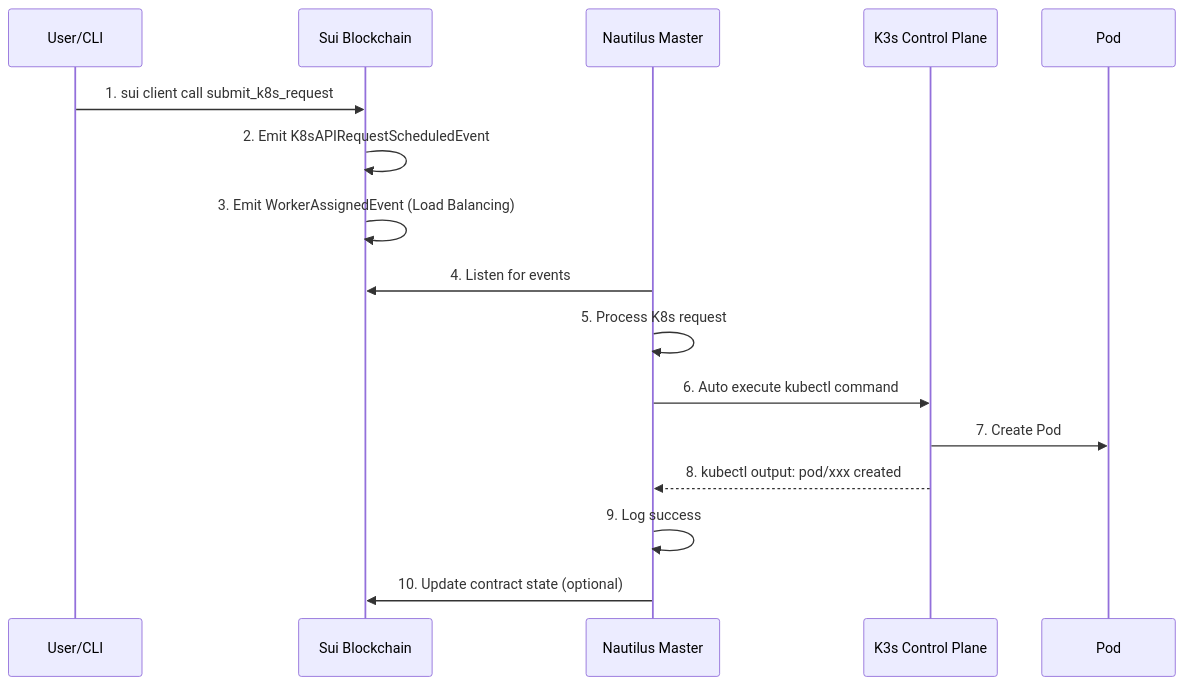
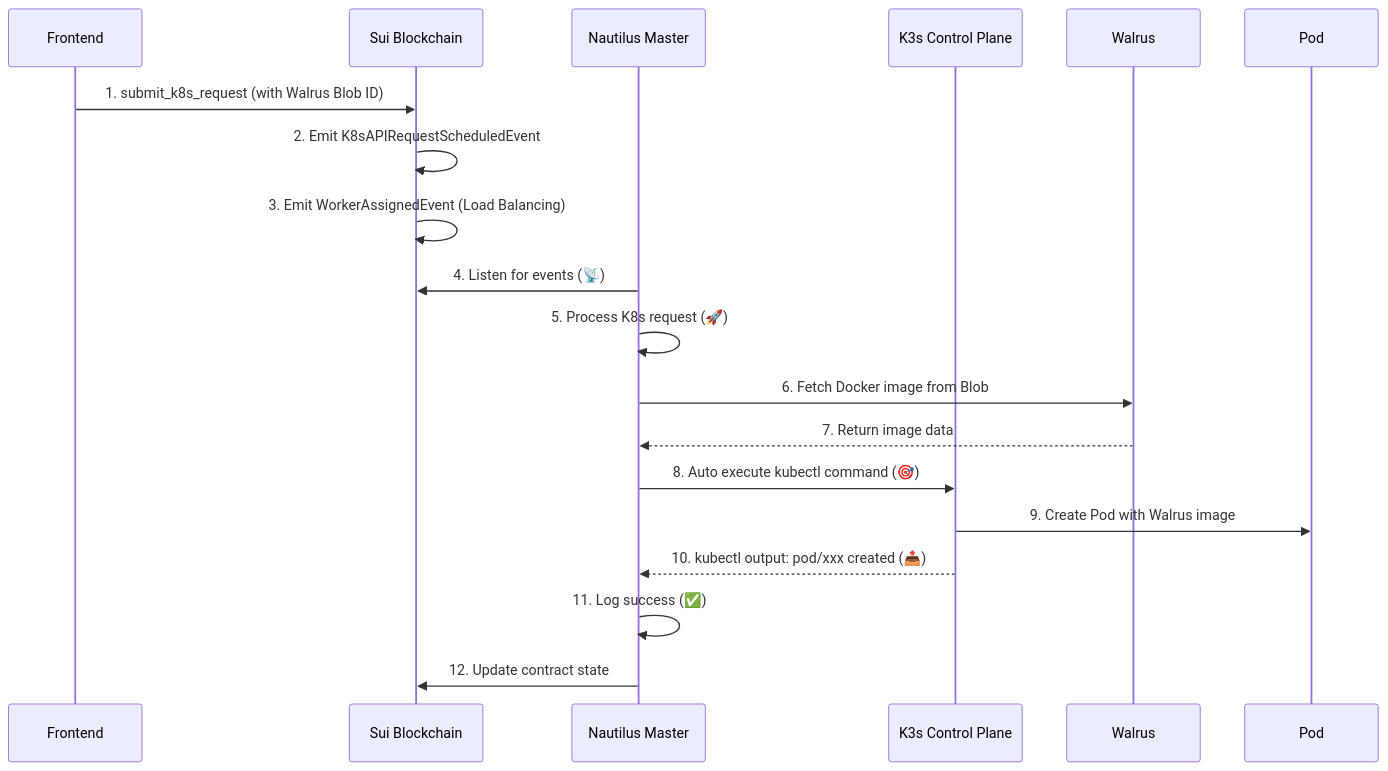
The fourth of 4 diagrams in profile/readme.md (DAAS-Vader/.github), drawn with Mermaid before and after one commit. The commit also changed other lines of this file, not shown here.

````diff
--- a/profile/readme.md
+++ b/profile/readme.md
@@ -189,19 +245,22 @@
 ```mermaid
 sequenceDiagram
-    participant U as User/CLI
+    participant F as Frontend
     participant B as Sui Blockchain
     participant N as Nautilus Master
     participant K as K3s Control Plane
+    participant W as Walrus
     participant P as Pod
 
-    U->>B: 1. sui client call submit_k8s_request
+    F->>B: 1. submit_k8s_request (with Walrus Blob ID)
     B->>B: 2. Emit K8sAPIRequestScheduledEvent
     B->>B: 3. Emit WorkerAssignedEvent (Load Balancing)
-    N->>B: 4. Listen for events 
-    N->>N: 5. Process K8s request 
-    N->>K: 6. Auto execute kubectl command 
-    K->>P: 7. Create Pod
-    K-->>N: 8. kubectl output: pod/xxx created 
-    N->>N: 9. Log success 
-    N->>B: 10. Update contract state (optional)
+    N->>B: 4. Listen for events (📡)
+    N->>N: 5. Process K8s request (🚀)
+    N->>W: 6. Fetch Docker image from Blob
+    W-->>N: 7. Return image data
+    N->>K: 8. Auto execute kubectl command (🎯)
+    K->>P: 9. Create Pod with Walrus image
+    K-->>N: 10. kubectl output: pod/xxx created (📤)
+    N->>N: 11. Log success (✅)
+    N->>B: 12. Update contract state
 ```
````
